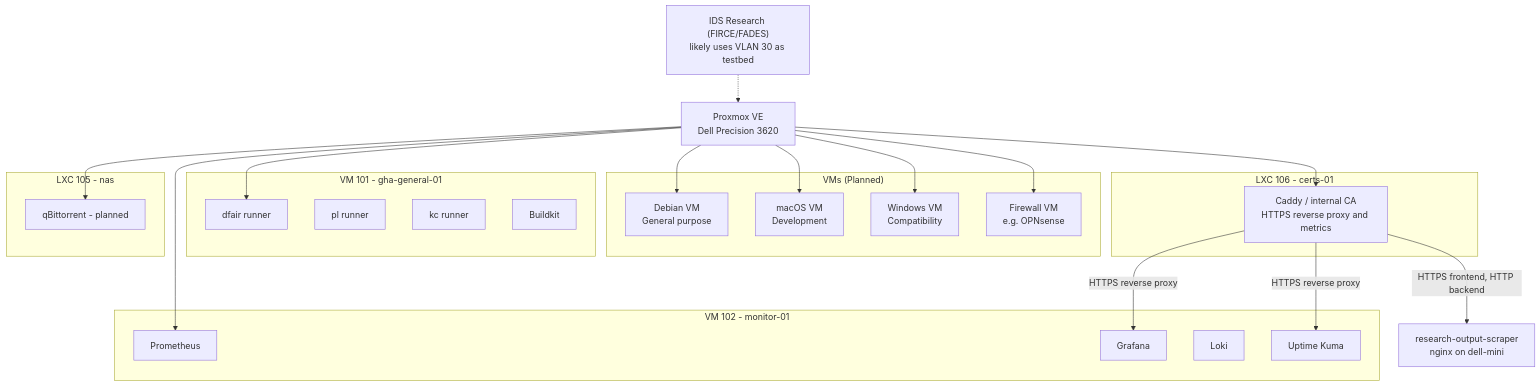
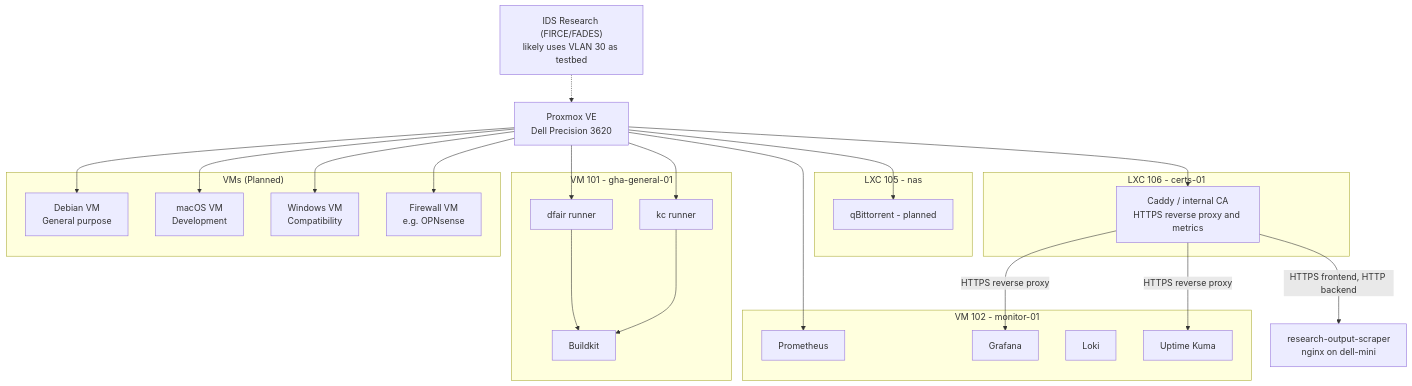
One commit to sethbarrett50/home_lab_docs changed the diagram in docs/services/README.md. Above: the diagram before and after it, drawn with Mermaid. The commit also changed other lines of this file and 5 other files, not shown here.

````diff
--- a/docs/services/README.md
+++ b/docs/services/README.md
@@ -21,49 +22,51 @@
 ```mermaid
 graph TD
     PVE[Proxmox VE\nDell Precision 3620]
 
     subgraph "VMs (Planned)"
         DEBIAN[Debian VM\nGeneral purpose]
         MACOS[macOS VM\nDevelopment]
         WIN[Windows VM\nCompatibility]
         FW[Firewall VM\ne.g. OPNsense]
     end
 
     subgraph "VM 101 - gha-general-01"
         GHA1[dfair runner]
-        GHA2[pl runner]
         GHA3[kc runner]
         BK[Buildkit]
     end
 
     subgraph "VM 102 - monitor-01"
         PROM[Prometheus]
         GRAF[Grafana]
         LOKI[Loki]
         KUMA[Uptime Kuma]
     end
 
     subgraph "LXC 106 - certs-01"
         CADDY[Caddy / internal CA\nHTTPS reverse proxy and metrics]
     end
 
     subgraph "LXC 105 - nas"
         QB[qBittorrent - planned]
     end
 
     PVE --> DEBIAN
     PVE --> MACOS
     PVE --> WIN
     PVE --> FW
     PVE --> GHA1
+    PVE --> GHA3
+    GHA1 --> BK
+    GHA3 --> BK
     PVE --> PROM
     PVE --> QB
     PVE --> CADDY
     CADDY -->|HTTPS reverse proxy| GRAF
     CADDY -->|HTTPS reverse proxy| KUMA
     LEADERBOARD[research-output-scraper\nnginx on dell-mini] 
     CADDY -->|HTTPS frontend, HTTP backend| LEADERBOARD
 
     IDS["IDS Research (FIRCE/FADES)\nlikely uses VLAN 30 as testbed"]
     IDS -.-> PVE
 ```
````
